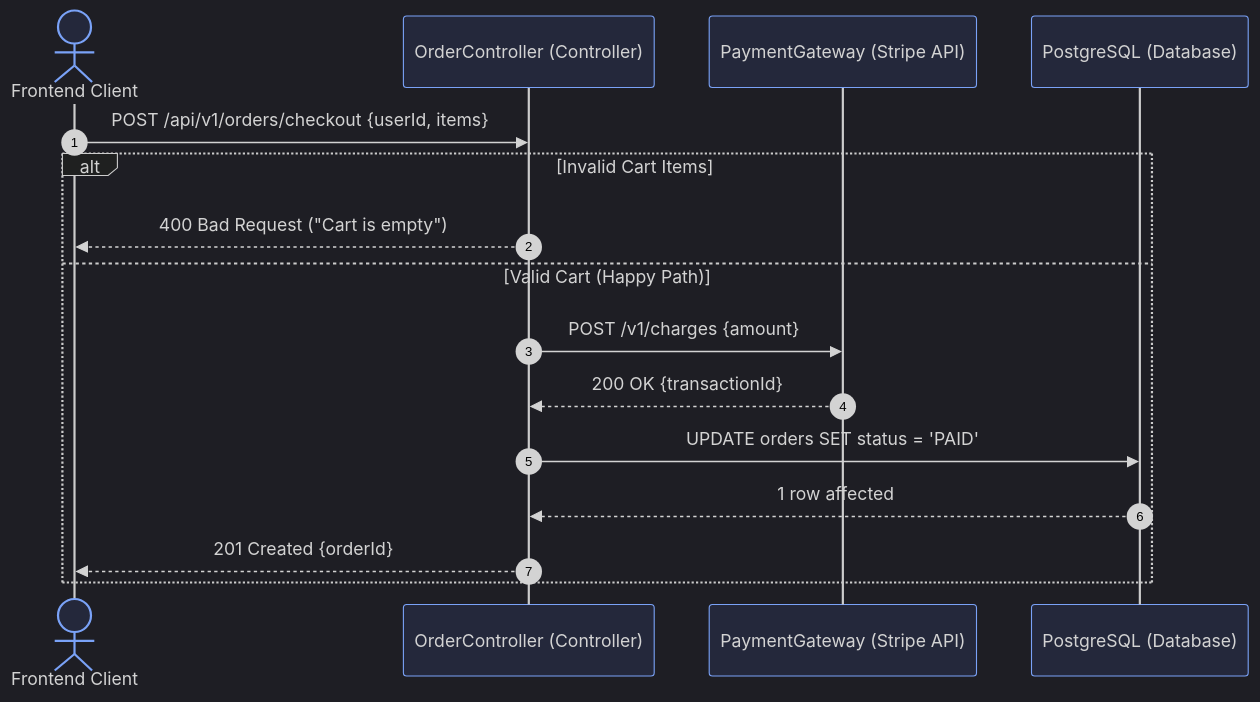
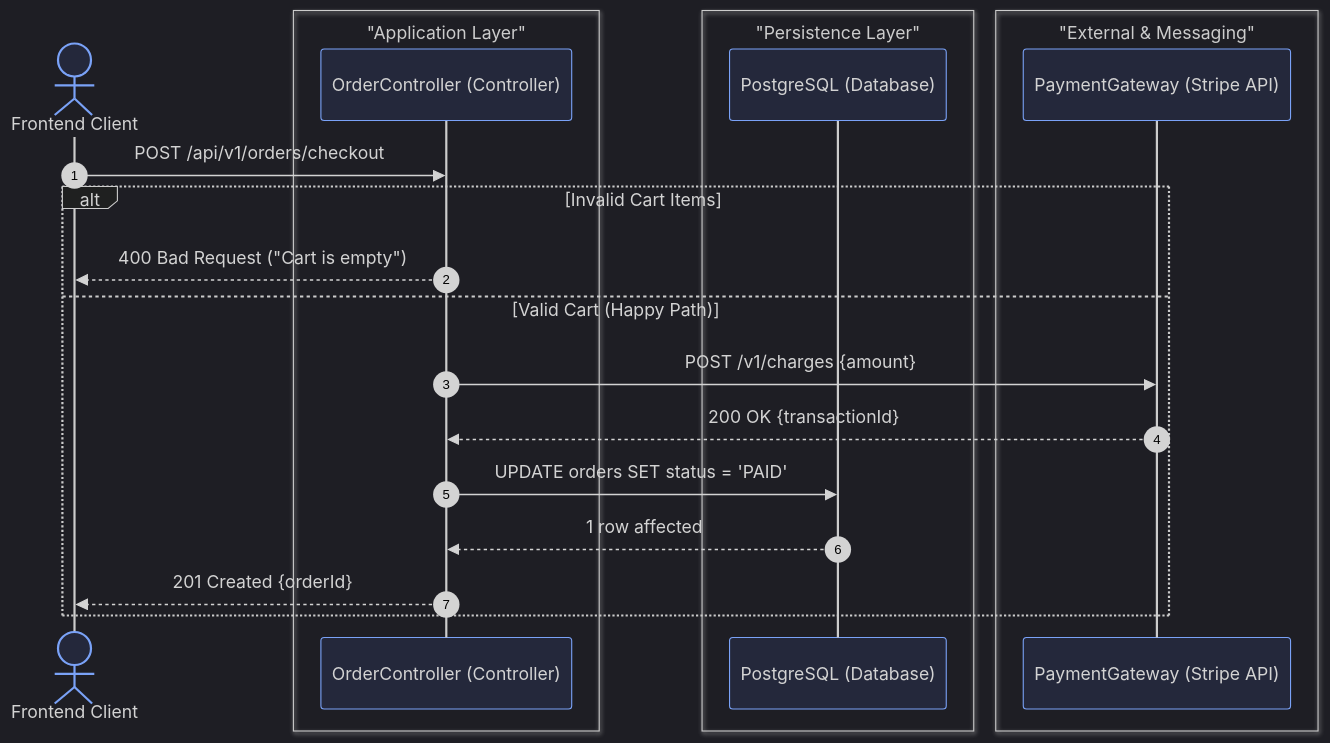
One commit to hanifalkauni/uml-architect changed the second of 3 diagrams in README.md. Above: the diagram before and after it, drawn with Mermaid. The commit also changed other lines of this file and 22 other files, not shown here.

````diff
--- a/README.md
+++ b/README.md
@@ -361,20 +361,27 @@
 ```mermaid
 %%{init: {'theme': 'dark', 'themeVariables': { 'primaryColor': '#7aa2f7', 'primaryBorderColor': '#3d59a1', 'actorBkg': '#24283b', 'actorBorder': '#7aa2f7', 'lineColor': '#bb9af7', 'altBkg': '#1f2335' }}}%%
 sequenceDiagram
     autonumber
     actor Client as Frontend Client
-    participant Ctrl as OrderController (Controller)
-    participant PayGW as PaymentGateway (Stripe API)
-    participant DB as PostgreSQL (Database)
 
-    Client->>Ctrl: POST /api/v1/orders/checkout {userId, items}
+    box "Application Layer" #1e293b
+        participant Ctrl as OrderController (Controller)
+    end
+    box "Persistence Layer" #0f172a
+        participant DB as PostgreSQL (Database)
+    end
+    box "External & Messaging" #2d2036
+        participant PayGW as PaymentGateway (Stripe API)
+    end
+
+    Client->>Ctrl: POST /api/v1/orders/checkout
     alt Invalid Cart Items
         Ctrl-->>Client: 400 Bad Request ("Cart is empty")
     else Valid Cart (Happy Path)
         Ctrl->>PayGW: POST /v1/charges {amount}
         PayGW-->>Ctrl: 200 OK {transactionId}
         Ctrl->>DB: UPDATE orders SET status = 'PAID'
         DB-->>Ctrl: 1 row affected
         Ctrl-->>Client: 201 Created {orderId}
     end
 ```
````
